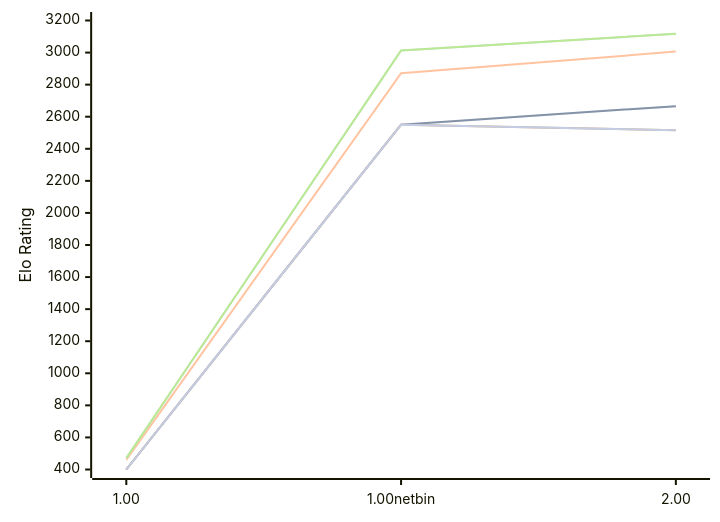
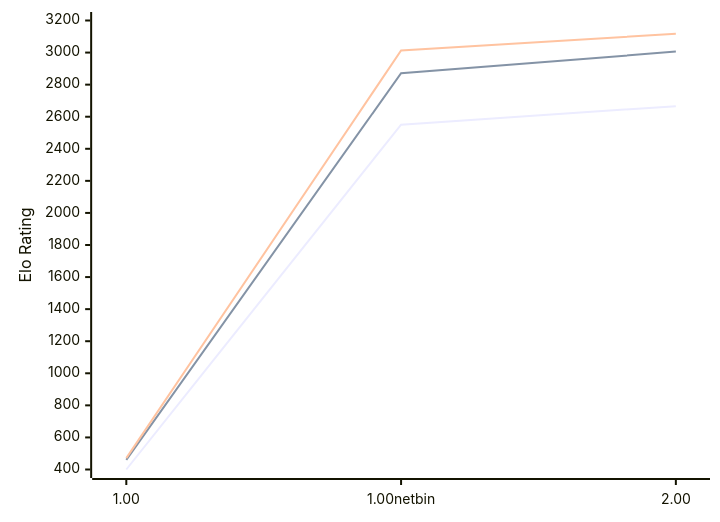
The diagram in engines/Gilipol.md (computer-chess-index/cci), drawn with Mermaid before and after one commit. The commit also changed other lines of this file, not shown here.

````diff
--- a/engines/Gilipol.md
+++ b/engines/Gilipol.md
@@ -49,13 +49,9 @@
 ```mermaid
 %%{init: {"theme":"base","themeVariables":{"seriesColors:['#a3a3a3','#222221','#faa371']}}}%%
 xychart-beta
   x-axis ["1.00", "1.00netbin", "2.00"]
   y-axis "Elo Rating" 400 --> 3200
-  line "" [400, 2550, 2666]
   line "T1: STC (8.0+0.08s)" [400, 2550, 2666]
   line "T1: LTC (60.0+0.60s)" [460, 2871, 3006]
-  line "" [471, 3013, 3117]
   line "T1: VLTC (2m24s+1.12s)" [471, 3013, 3117]
-  line "" [400, 2550,2516]
-  line "E1: STC (8.0+0.08s)" [400, 2550,2516]
 ```
````
